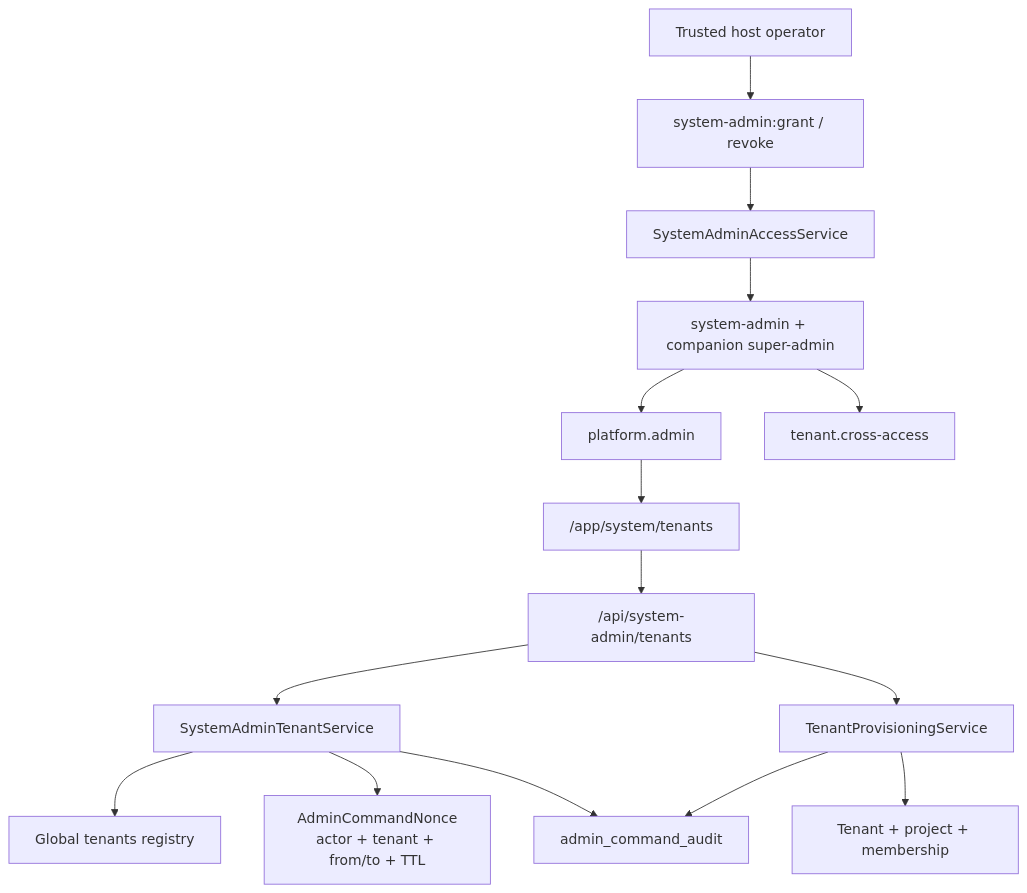
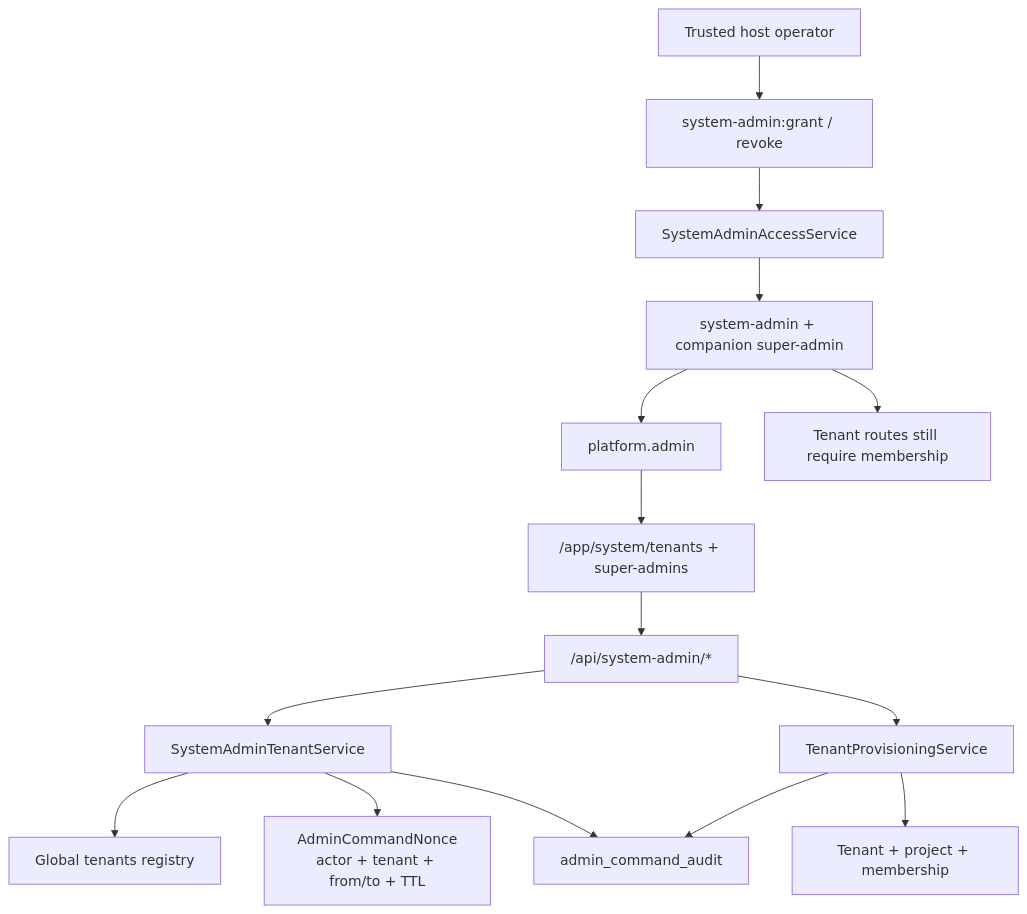
One commit to lopadova/AskMyDocs changed the diagram in docs-site/system-administration.mdx. Above: the diagram before and after it, drawn with Mermaid. The commit also changed other lines of this file and 11 other files, not shown here.

Commit message:
docs(tenancy): record membership-only operational access

````diff
--- a/docs-site/system-administration.mdx
+++ b/docs-site/system-administration.mdx
@@ -30,17 +30,17 @@
 ```mermaid
 flowchart TD
     O["Trusted host operator"] --> C["system-admin:grant / revoke"]
     C --> AS["SystemAdminAccessService"]
     AS --> R["system-admin + companion super-admin"]
     R --> P["platform.admin"]
-    R --> X["tenant.cross-access"]
-    P --> UI["/app/system/tenants"]
-    UI --> API["/api/system-admin/tenants"]
+    R --> M["Tenant routes still require membership"]
+    P --> UI["/app/system/tenants + super-admins"]
+    UI --> API["/api/system-admin/*"]
     API --> TS["SystemAdminTenantService"]
     API --> PS["TenantProvisioningService"]
     TS --> REG["Global tenants registry"]
     TS --> N["AdminCommandNonce<br/>actor + tenant + from/to + TTL"]
     PS --> B["Tenant + project + membership"]
     TS --> A["admin_command_audit"]
     PS --> A
 ```
````
